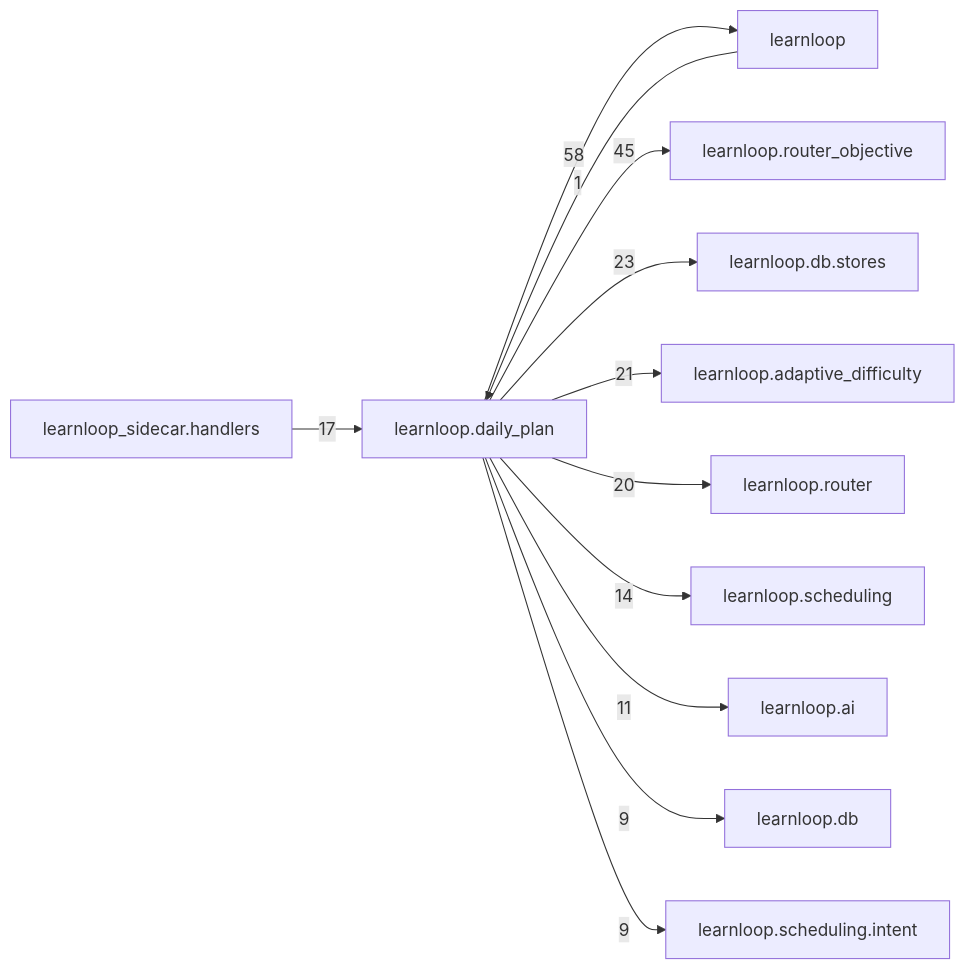
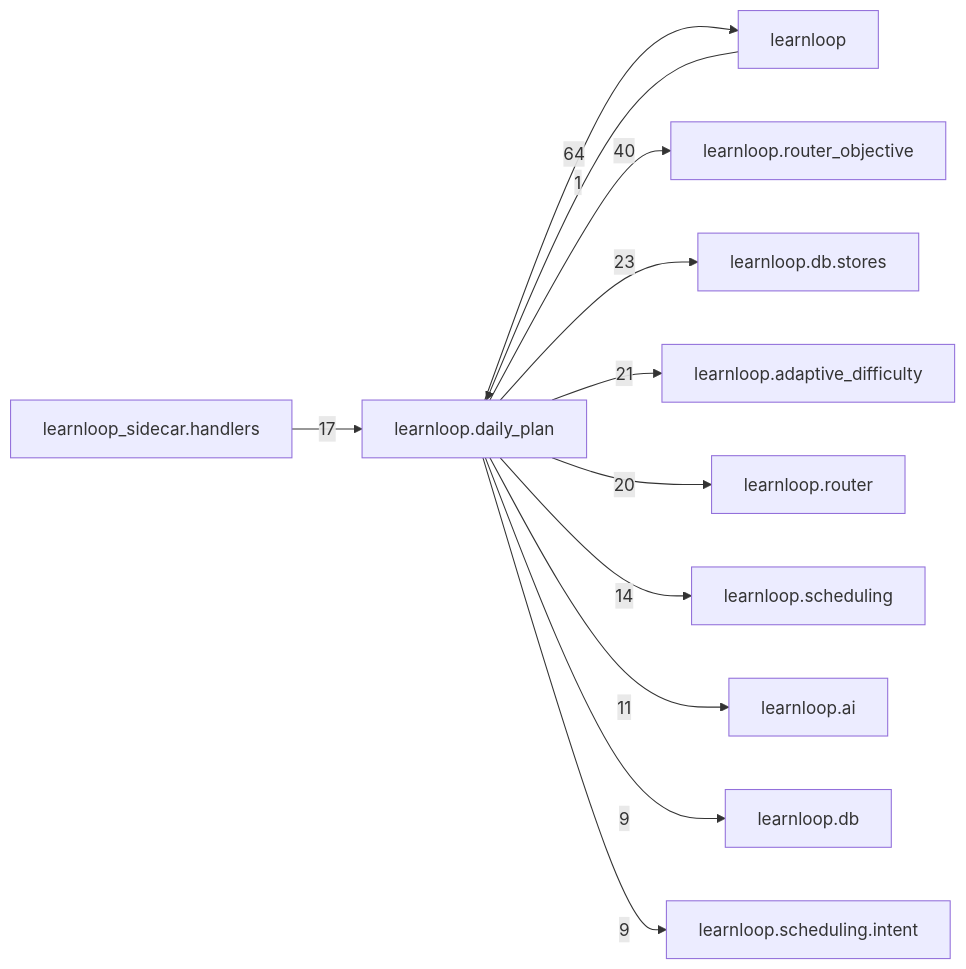
The diagram in docs/learnloop-architecture-vault/Reference/Modules/learnloop/daily_plan/_package.md (6up-b/learnanything), drawn with Mermaid before and after one commit. The commit also changed other lines of this file and 59 other files, not shown here.

````diff
--- a/docs/learnloop-architecture-vault/Reference/Modules/learnloop/daily_plan/_package.md
+++ b/docs/learnloop-architecture-vault/Reference/Modules/learnloop/daily_plan/_package.md
@@ -168,25 +168,25 @@
 ```mermaid
 flowchart LR
     center["learnloop.daily_plan"]
     n_learnloop["learnloop"]
     n_learnloop_router_objective["learnloop.router_objective"]
     n_learnloop_db_stores["learnloop.db.stores"]
     n_learnloop_adaptive_difficulty["learnloop.adaptive_difficulty"]
     n_learnloop_router["learnloop.router"]
     n_learnloop_sidecar_handlers["learnloop_sidecar.handlers"]
     n_learnloop_scheduling["learnloop.scheduling"]
     n_learnloop_ai["learnloop.ai"]
     n_learnloop_db["learnloop.db"]
     n_learnloop_scheduling_intent["learnloop.scheduling.intent"]
     n_learnloop -->|1| center
-    center -->|58| n_learnloop
-    center -->|45| n_learnloop_router_objective
+    center -->|64| n_learnloop
+    center -->|40| n_learnloop_router_objective
     center -->|23| n_learnloop_db_stores
     center -->|21| n_learnloop_adaptive_difficulty
     center -->|20| n_learnloop_router
     n_learnloop_sidecar_handlers -->|17| center
     center -->|14| n_learnloop_scheduling
     center -->|11| n_learnloop_ai
     center -->|9| n_learnloop_db
     center -->|9| n_learnloop_scheduling_intent
 ```
````
